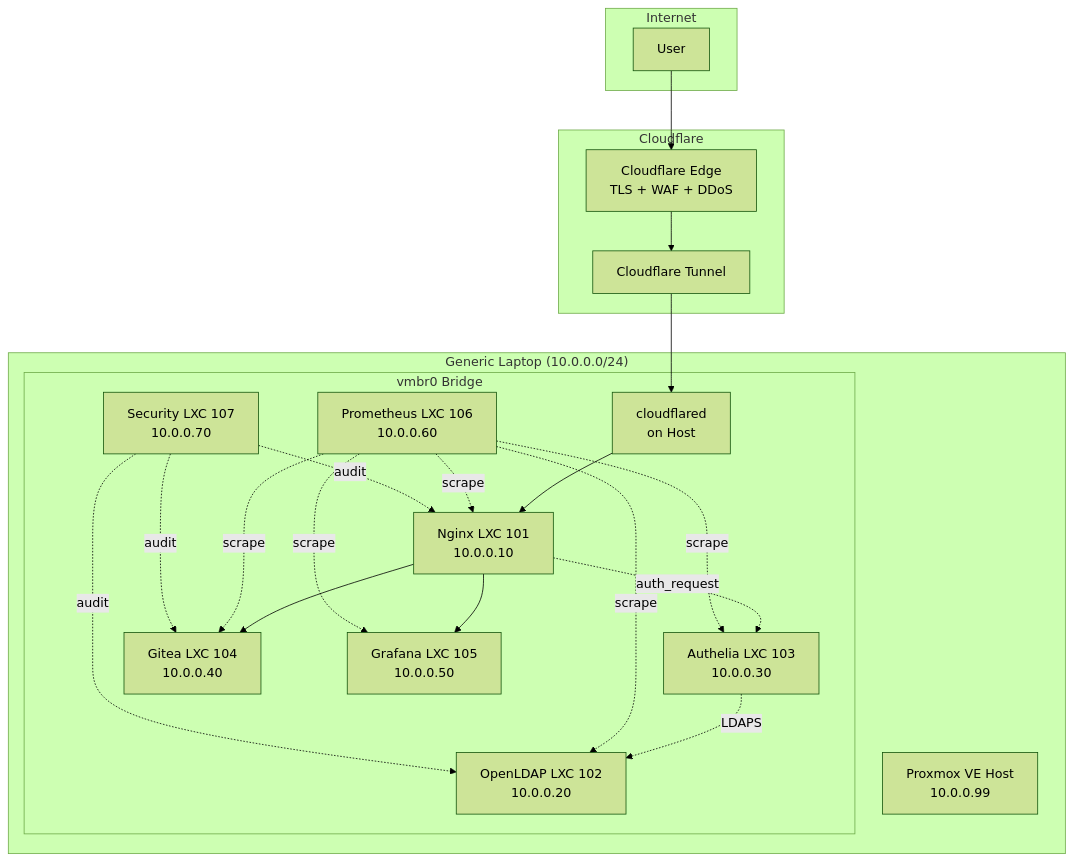
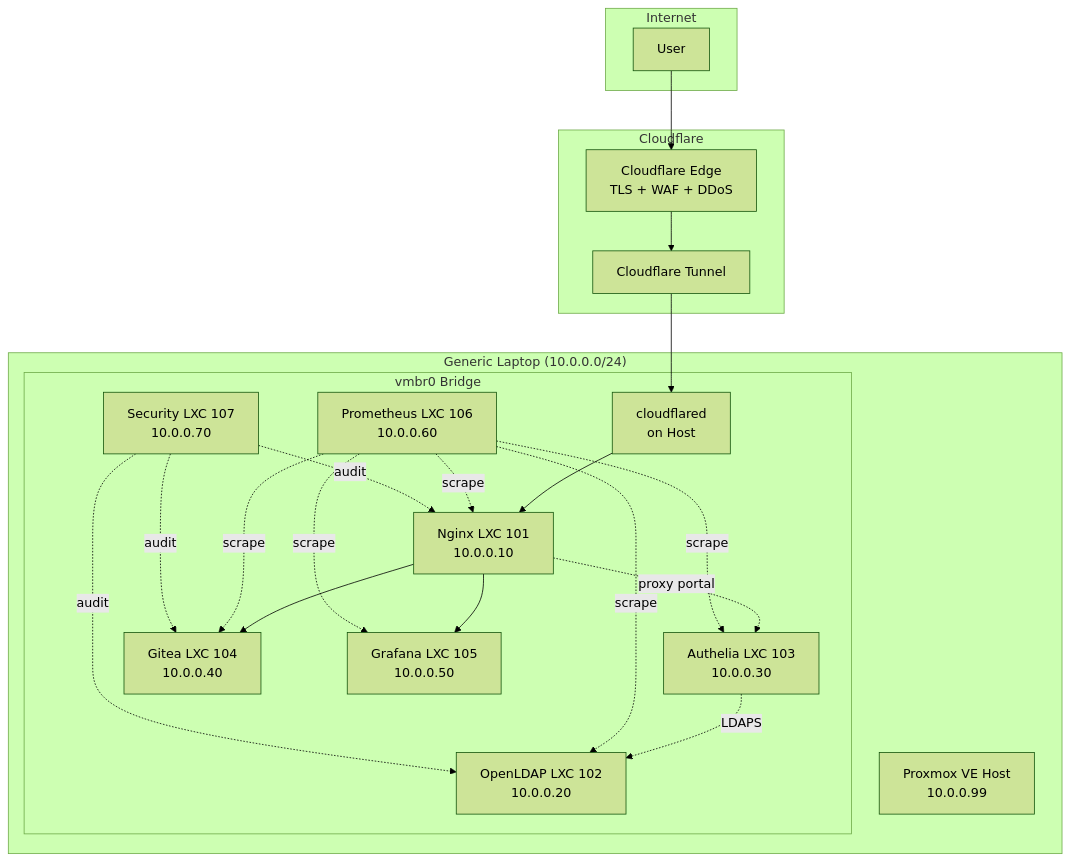
Before and after one commit to dmaljkovic/proxmox-homelab: the diagram in docs/01-architecture/overview.md, drawn with Mermaid (forest theme). The commit also changed other lines of this file and 10 other files, not shown here.

Commit message:
Update docs for Phase 5: Gitea OIDC SSO, drop Nginx auth_request

````diff
--- a/docs/01-architecture/overview.md
+++ b/docs/01-architecture/overview.md
@@ -16,43 +16,43 @@
 ```mermaid
 graph TB
     subgraph Internet
         User[User]
     end
     
     subgraph Cloudflare
         Edge[Cloudflare Edge<br/>TLS + WAF + DDoS]
         Tunnel[Cloudflare Tunnel]
     end
     
     subgraph "Generic Laptop (10.0.0.0/24)"
         Host[Proxmox VE Host<br/>10.0.0.99]
         
         subgraph "vmbr0 Bridge"
             CF[cloudflared<br/>on Host]
             Nginx[Nginx LXC 101<br/>10.0.0.10]
             LDAP[OpenLDAP LXC 102<br/>10.0.0.20]
             Authelia[Authelia LXC 103<br/>10.0.0.30]
             Gitea[Gitea LXC 104<br/>10.0.0.40]
             Grafana[Grafana LXC 105<br/>10.0.0.50]
             Prom[Prometheus LXC 106<br/>10.0.0.60]
             Sec[Security LXC 107<br/>10.0.0.70]
         end
     end
     
     User --> Edge
     Edge --> Tunnel
     Tunnel --> CF
     CF --> Nginx
-    Nginx -.->|auth_request| Authelia
+    Nginx -.->|proxy portal| Authelia
     Authelia -.->|LDAPS| LDAP
     Nginx --> Gitea
     Nginx --> Grafana
     Prom -.->|scrape| Nginx
     Prom -.->|scrape| Gitea
     Prom -.->|scrape| Grafana
     Prom -.->|scrape| Authelia
     Prom -.->|scrape| LDAP
     Sec -.->|audit| Nginx
     Sec -.->|audit| LDAP
     Sec -.->|audit| Gitea
 ```
````
